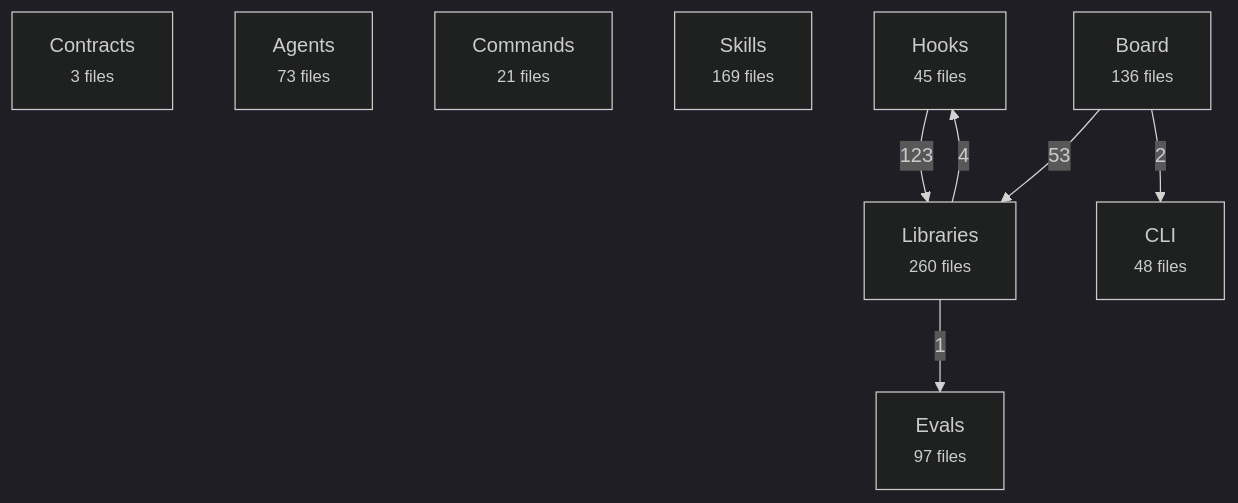
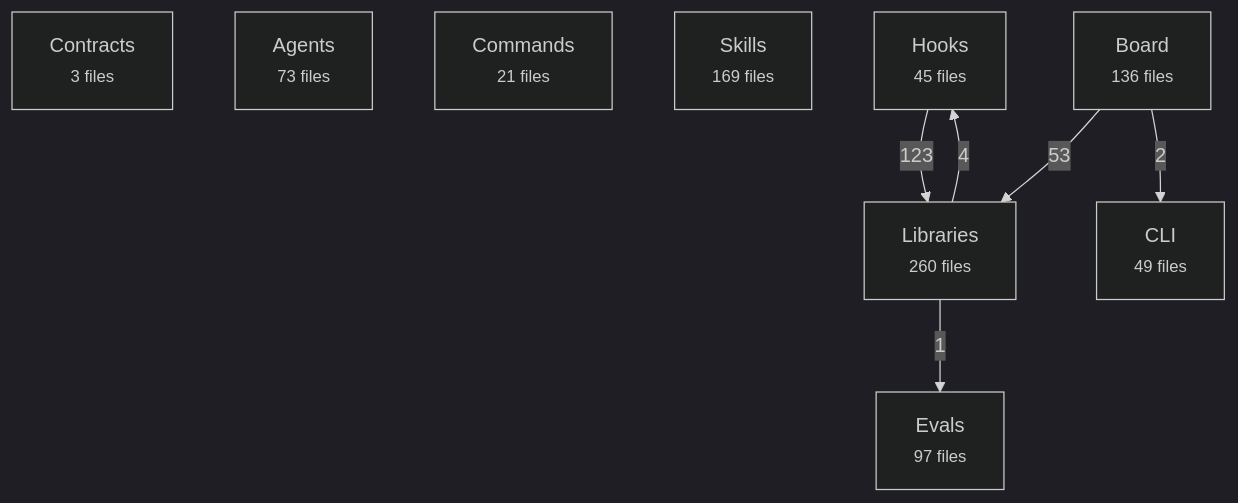
Before and after one commit to avelikiy/great_cto: the first of 2 diagrams in docs/reference/architecture-map.md, drawn with Mermaid (dark theme). The commit also changed other lines of this file and 6 other files, not shown here.

````diff
--- a/docs/reference/architecture-map.md
+++ b/docs/reference/architecture-map.md
@@ -20,17 +20,17 @@
 ```mermaid
 flowchart TD
   contracts["Contracts<br/><small>3 files</small>"]
   agents["Agents<br/><small>73 files</small>"]
   commands["Commands<br/><small>21 files</small>"]
   skills["Skills<br/><small>169 files</small>"]
   hooks["Hooks<br/><small>45 files</small>"]
   libs["Libraries<br/><small>260 files</small>"]
   board["Board<br/><small>136 files</small>"]
-  cli["CLI<br/><small>48 files</small>"]
+  cli["CLI<br/><small>49 files</small>"]
   evals["Evals<br/><small>97 files</small>"]
   hooks -->|123| libs
   board -->|53| libs
   libs -->|4| hooks
   board -->|2| cli
   libs -->|1| evals
 ```
````
